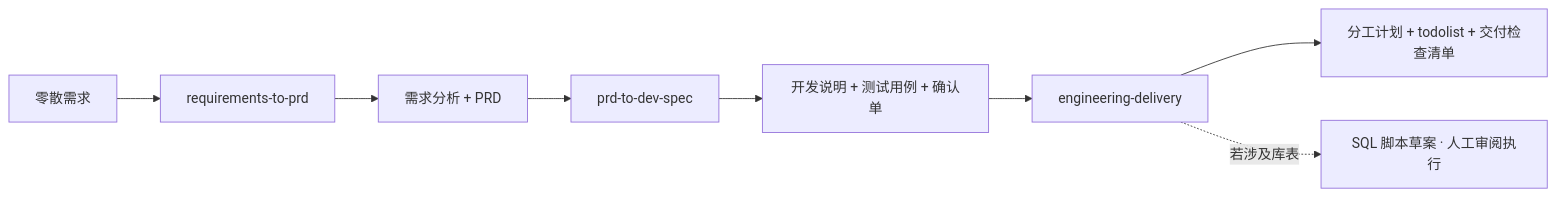
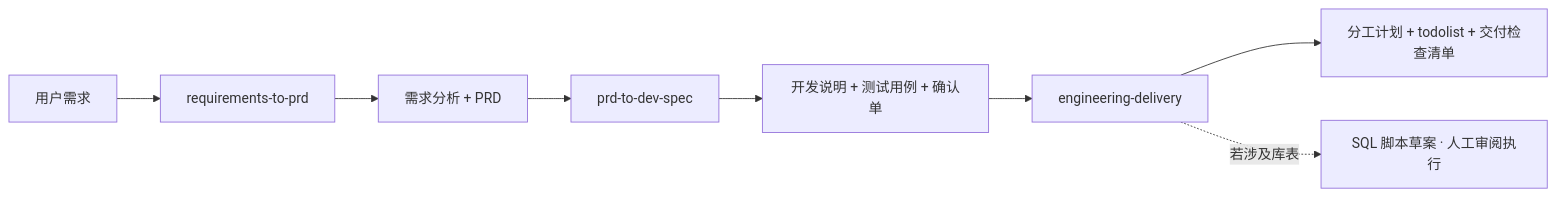
One commit to Lucky2024-pllove/req-to-prd-to-dev-eng-all-skills changed the diagram in README.md. Above: the diagram before and after it, drawn with Mermaid. The commit also changed other lines of this file and 4 other files, not shown here.

First line of the commit message:
docs: standardize on 用户需求 / user requirements in READMEs

````diff
--- a/README.md
+++ b/README.md
@@ -78,10 +78,10 @@
 ```mermaid
 flowchart LR
-  U[零散需求] --> S1[requirements-to-prd]
+  U[用户需求] --> S1[requirements-to-prd]
   S1 --> D1[需求分析 + PRD]
   D1 --> S2[prd-to-dev-spec]
   S2 --> D2[开发说明 + 测试用例 + 确认单]
   D2 --> S3[engineering-delivery]
   S3 --> D3[分工计划 + todolist + 交付检查清单]
   S3 -.->|若涉及库表| DB[SQL 脚本草案 · 人工审阅执行]
 ```
````
